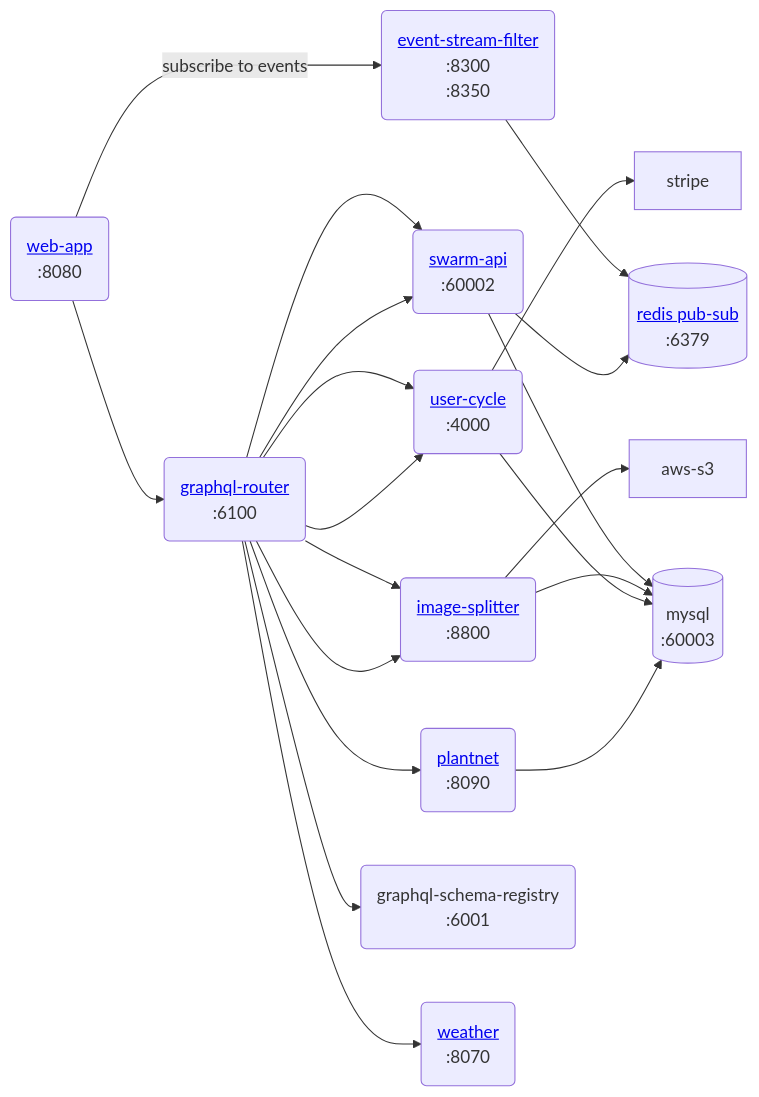
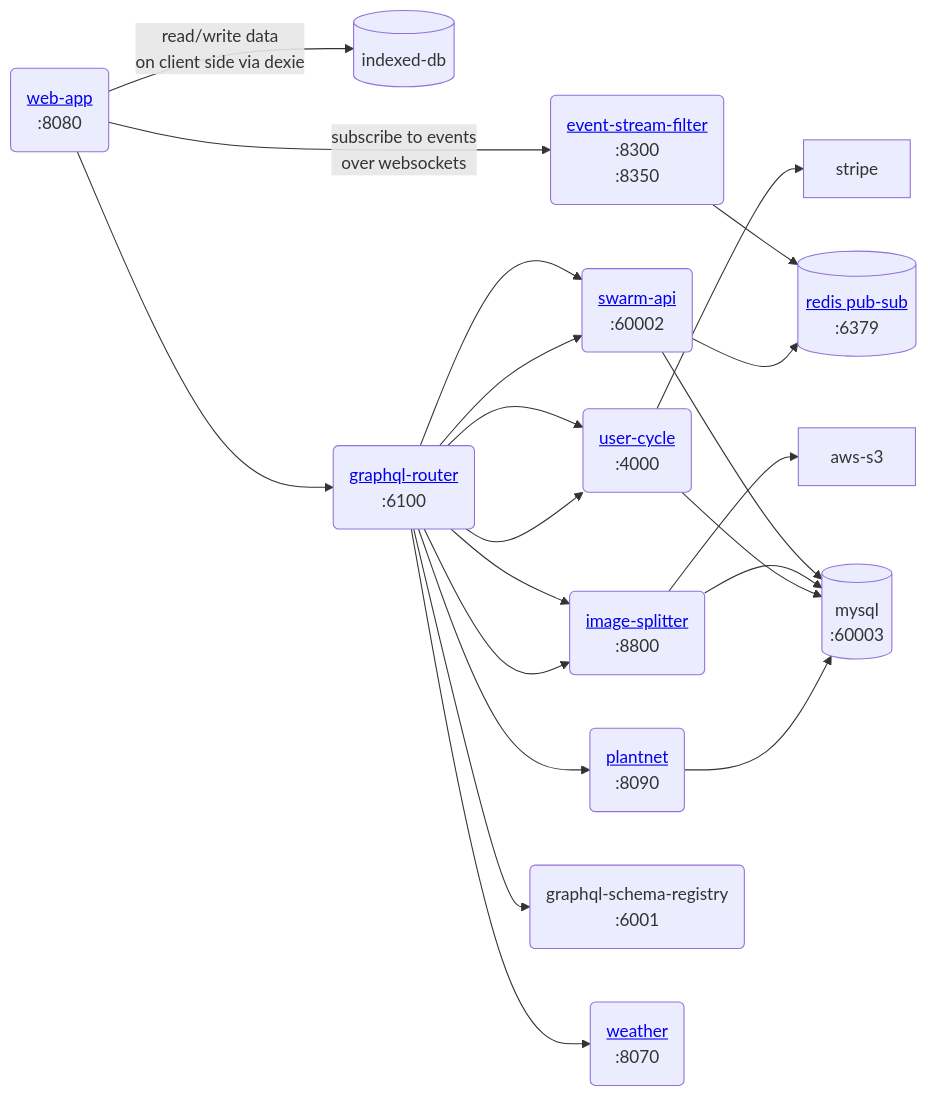
One commit to Gratheon/web-app changed the diagram in README.md. Above: the diagram before and after it, drawn with Mermaid.

````diff
--- a/README.md
+++ b/README.md
@@ -9,16 +9,17 @@
 ```mermaid
 flowchart LR
+    web-app --"read/write data \n on client side via dexie"--> indexed-db[(indexed-db)]
     web-app("<a href='https://github.com/Gratheon/web-app'>web-app</a>\n:8080") --> graphql-router
-    web-app --"subscribe to events"--> event-stream-filter("<a href='https://github.com/Gratheon/event-stream-filter'>event-stream-filter</a>\n:8300\n:8350") --> redis
+    web-app --"subscribe to events\n over websockets"--> event-stream-filter("<a href='https://github.com/Gratheon/event-stream-filter'>event-stream-filter</a>\n:8300\n:8350") --> redis
 
     graphql-router("<a href='https://github.com/Gratheon/graphql-router'>graphql-router</a>\n :6100") --> swarm-api("<a href='https://github.com/Gratheon/swarm-api'>swarm-api</a>\n:60002") --> mysql[(mysql\n:60003)]
     graphql-router --> swarm-api --> redis[("<a href='https://github.com/Gratheon/redis'>redis pub-sub</a>\n:6379")]
 
     graphql-router --> image-splitter("<a href='https://github.com/Gratheon/image-splitter'>image-splitter</a>\n:8800") --> mysql
     graphql-router --> image-splitter --> aws-s3
     graphql-router --> user-cycle("<a href='https://github.com/Gratheon/user-cycle'>user-cycle</a>\n:4000") --> mysql
     graphql-router --> user-cycle --> stripe
     graphql-router --> plantnet("<a href='https://github.com/Gratheon/plantnet'>plantnet</a>\n:8090") --> mysql
     graphql-router --> graphql-schema-registry("graphql-schema-registry\n:6001")
     graphql-router --> weather("<a href='https://github.com/Gratheon/weather'>weather</a>\n:8070")
 ```
````
